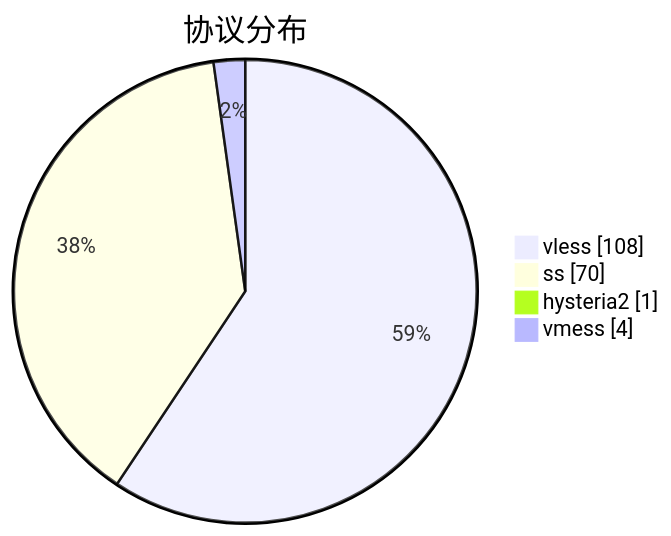
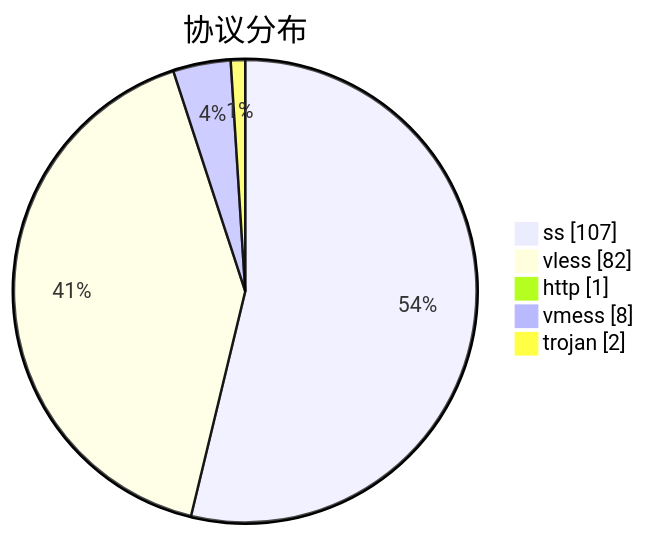
Before and after one commit to qjlxg/airport: the third of 3 diagrams in subs/statistics/tested_within.md, drawn with Mermaid. The commit also changed other lines of this file and 2 other files, not shown here.

````diff
--- a/subs/statistics/tested_within.md
+++ b/subs/statistics/tested_within.md
@@ -23,8 +26,9 @@
 ```mermaid
 pie showData
 title 协议分布
-"vless" : 108
-"ss" : 70
-"hysteria2" : 1
-"vmess" : 4
+"ss" : 107
+"vless" : 82
+"http" : 1
+"vmess" : 8
+"trojan" : 2
 ```
````
